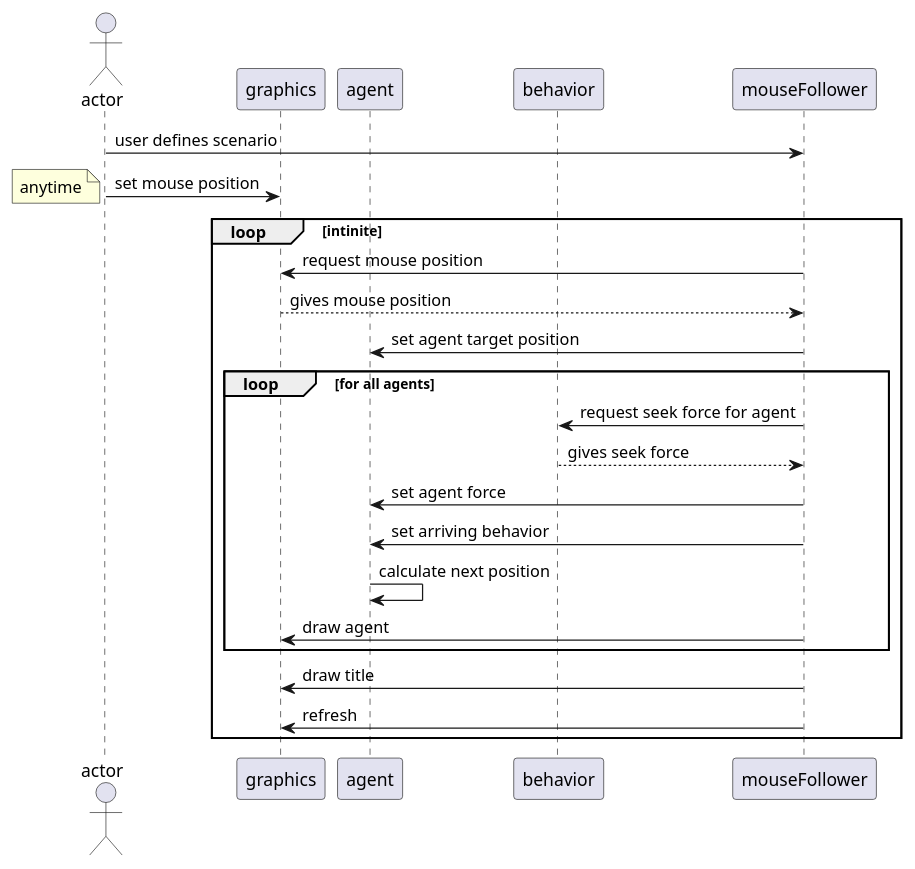
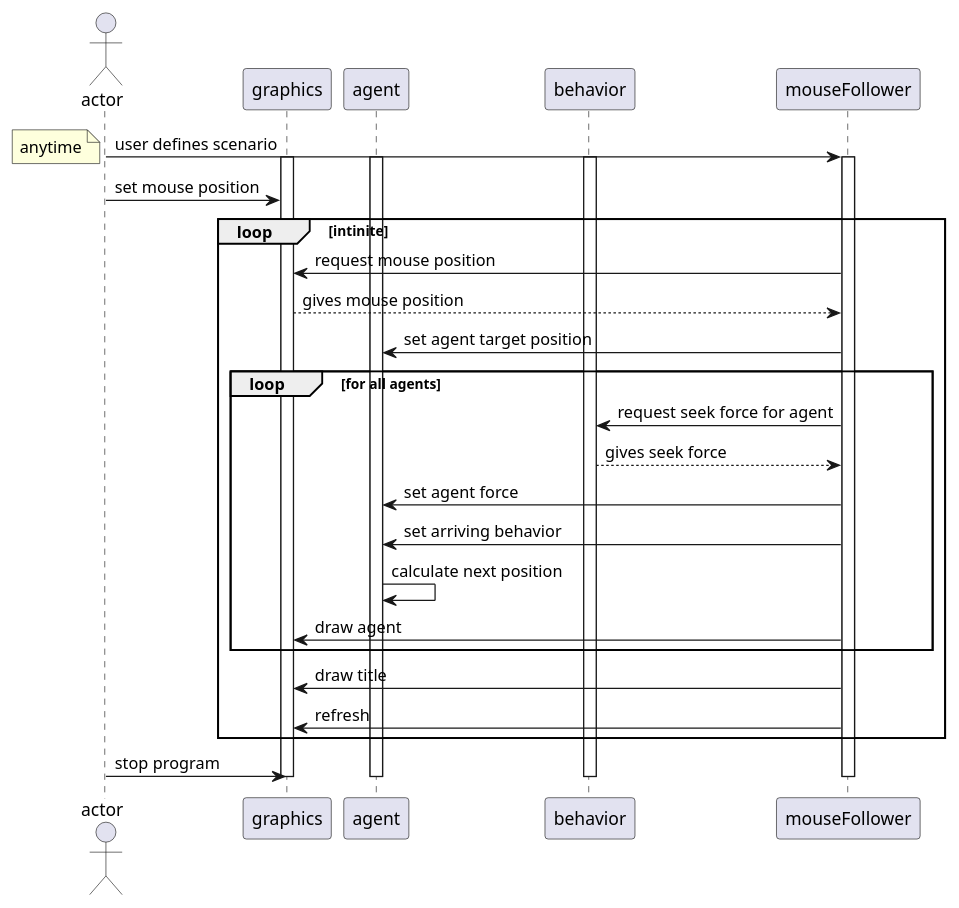
One commit to mehmetrizaoz/autonomousSteeringAgents changed the diagram in docs/uml/sequence_diagram.puml. Above: the diagram before and after it, drawn with PlantUML.

Commit message:
updates on sequence diagram

```diff
--- a/docs/uml/sequence_diagram.puml
+++ b/docs/uml/sequence_diagram.puml
@@ -1,26 +1,35 @@
 @startuml
 actor actor as user
 participant graphics as view
 participant agent as agent
 participant behavior as steeringBehavior
 participant mouseFollower as mF
 
 user -> mF: user defines scenario
+activate mF
+activate view
+activate agent
+activate steeringBehavior
+note left: anytime
 user -> view:  set mouse position
-note left: anytime
 loop intinite    
     mF -> view: request mouse position
     view --> mF: gives mouse position
     mF -> agent: set agent target position
     loop for all agents
     mF -> steeringBehavior: request seek force for agent
     steeringBehavior --> mF: gives seek force
     mF -> agent: set agent force
     mF -> agent: set arriving behavior
     agent -> agent: calculate next position
     mF -> view: draw agent
     end
     mF -> view: draw title
     mF -> view: refresh
 end
+user -> view: stop program
+deactivate mF
+deactivate view
+deactivate agent
+deactivate steeringBehavior
 @enduml
```
